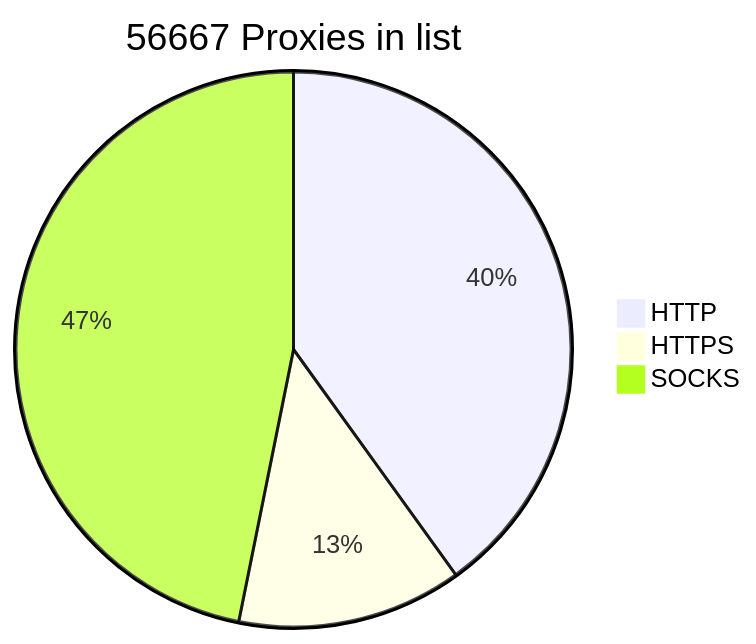
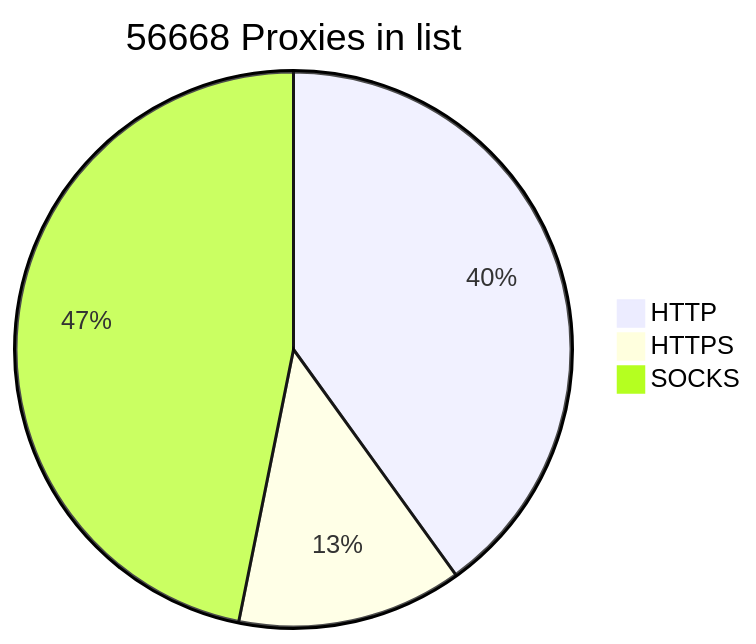
The diagram in README.md (BlackSnowDot/proxylist-update-every-minute), drawn with Mermaid before and after one commit.

````diff
--- a/README.md
+++ b/README.md
@@ -2,6 +2,6 @@
 ```mermaid
-pie title 56667 Proxies in list
+pie title 56668 Proxies in list
     "HTTP" : 25517
     "HTTPS": 8340
-    "SOCKS" : 29829
+    "SOCKS" : 29830
 ```
````
